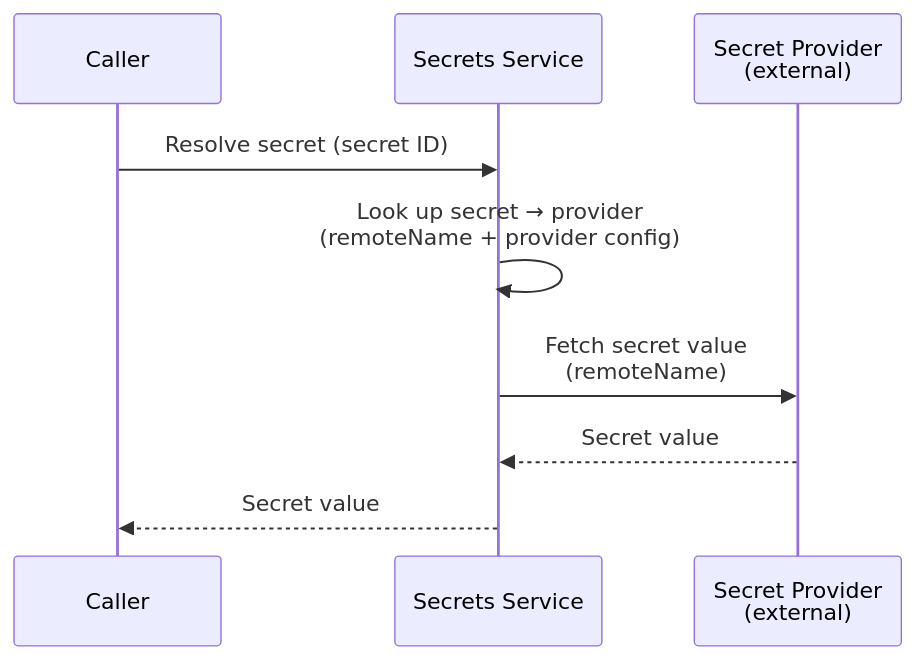
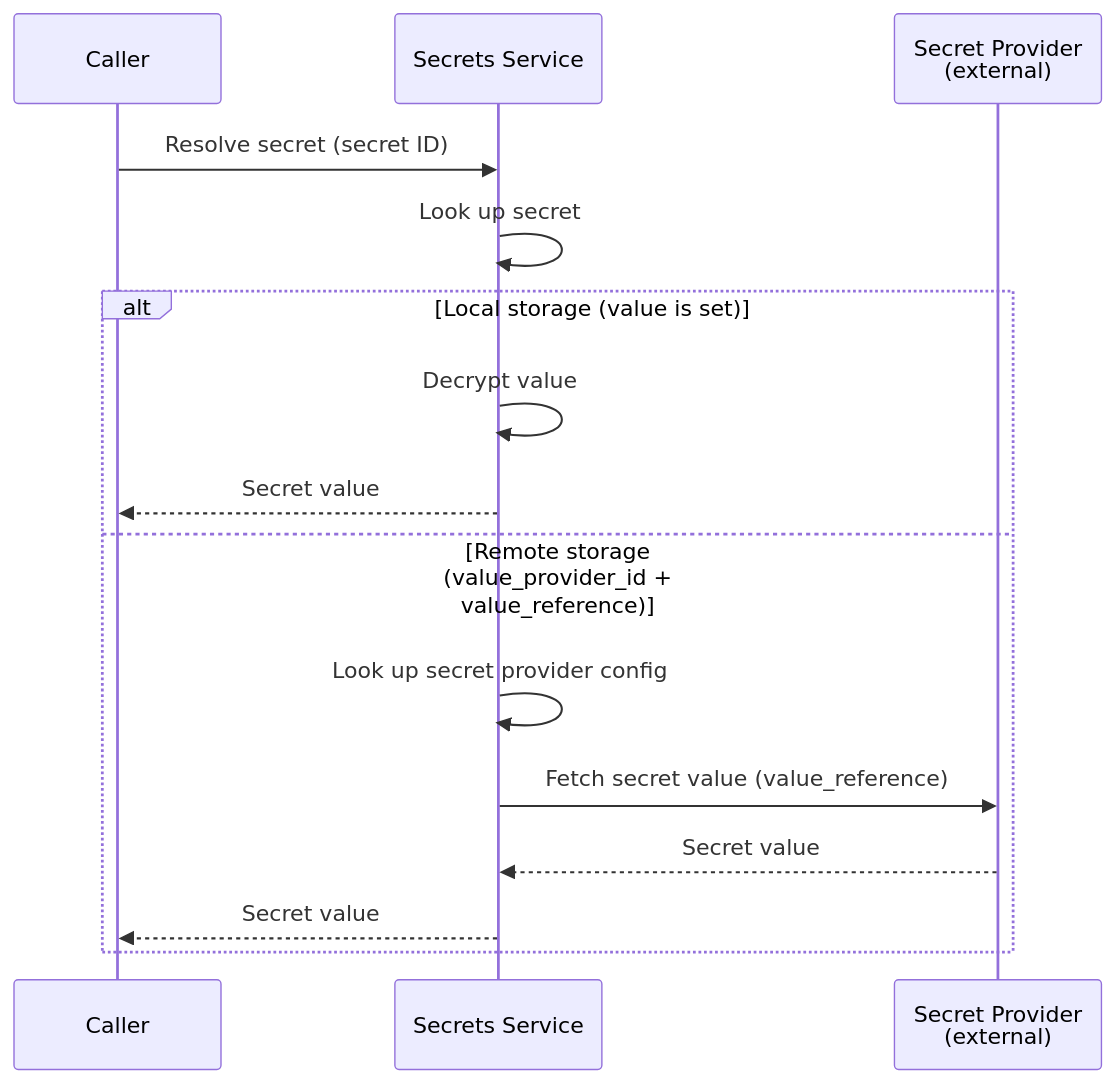
The first of 2 diagrams in architecture/secrets.md (agynio/architecture), drawn with Mermaid before and after one commit. The commit also changed other lines of this file and 9 other files, not shown here.

````diff
--- a/architecture/secrets.md
+++ b/architecture/secrets.md
@@ -23,12 +38,18 @@
 ```mermaid
 sequenceDiagram
     participant C as Caller
     participant S as Secrets Service
     participant P as Secret Provider<br/>(external)
 
     C->>S: Resolve secret (secret ID)
-    S->>S: Look up secret → provider<br/>(remoteName + provider config)
-    S->>P: Fetch secret value<br/>(remoteName)
-    P-->>S: Secret value
-    S-->>C: Secret value
+    S->>S: Look up secret
+    alt Local storage (value is set)
+        S->>S: Decrypt value
+        S-->>C: Secret value
+    else Remote storage (value_provider_id + value_reference)
+        S->>S: Look up secret provider config
+        S->>P: Fetch secret value (value_reference)
+        P-->>S: Secret value
+        S-->>C: Secret value
+    end
 ```
````
